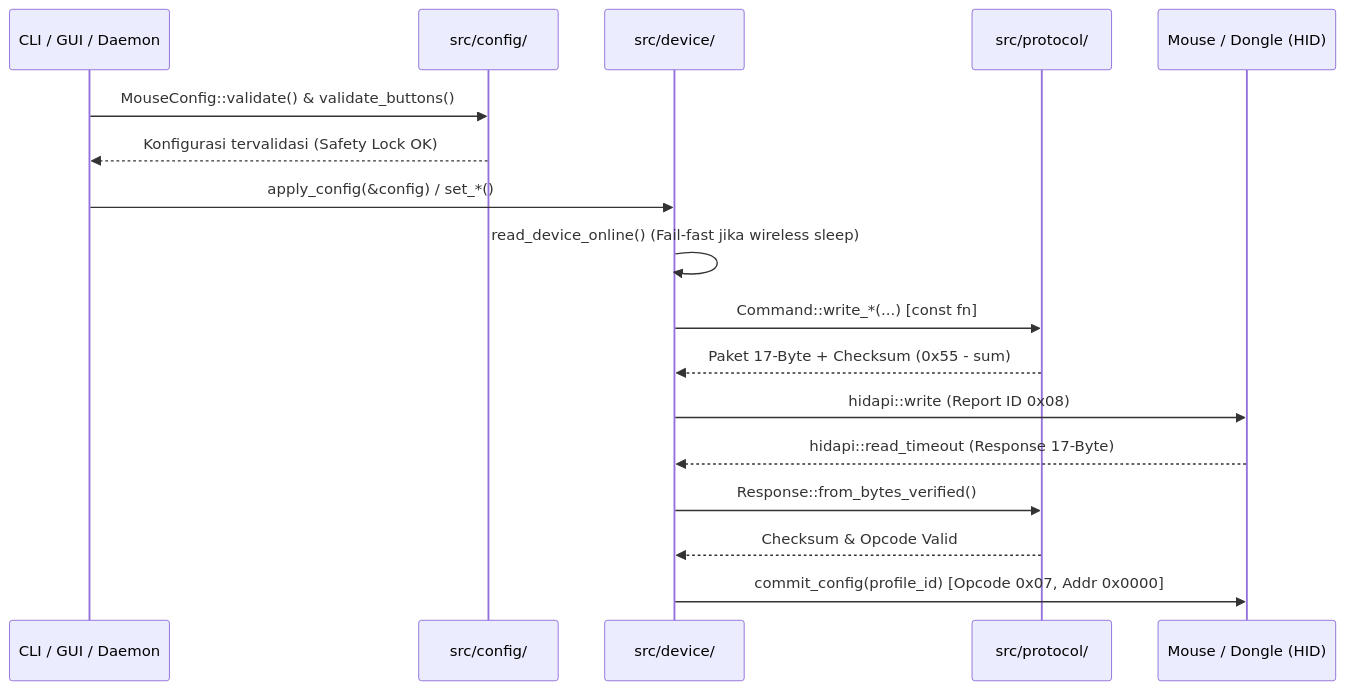
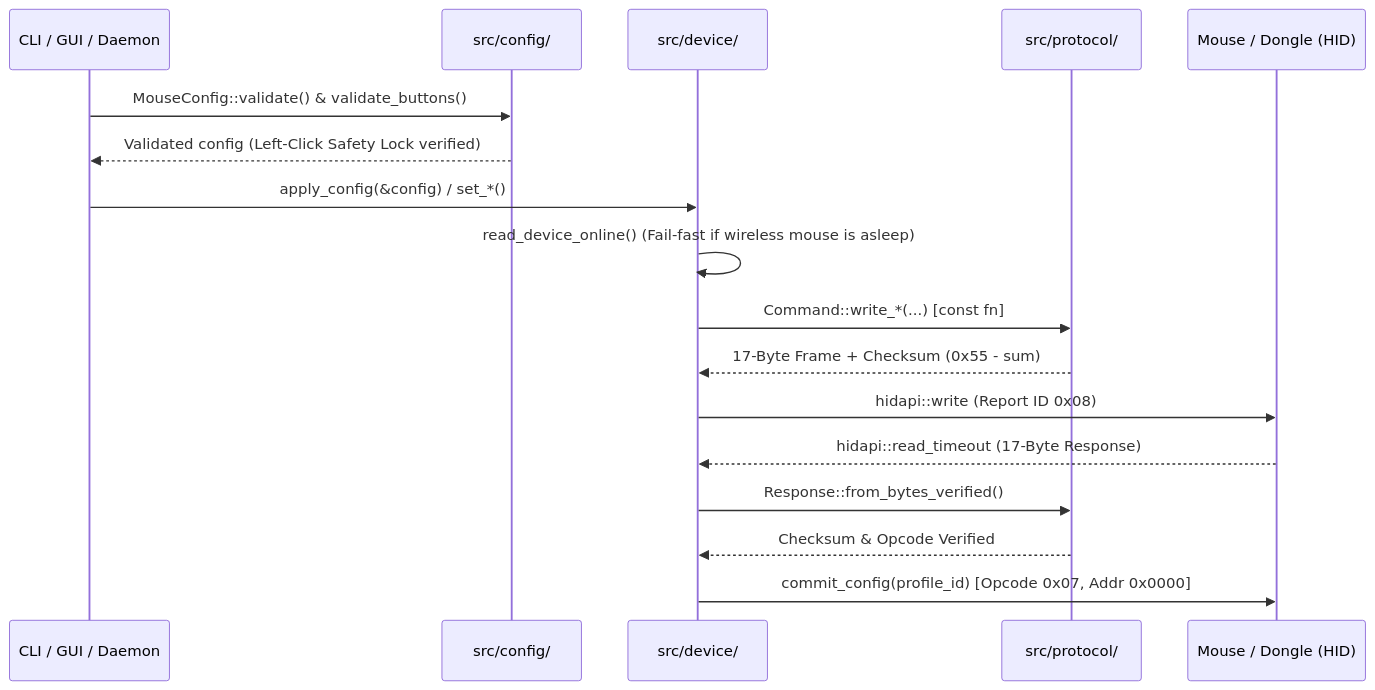
Before and after one commit to ayrazarya/icarus-v2mini-rea: the second of 2 diagrams in docs/ARCHITECTURE.md, drawn with Mermaid. The commit also changed other lines of this file and 4 other files, not shown here.

````diff
--- a/docs/ARCHITECTURE.md
+++ b/docs/ARCHITECTURE.md
@@ -148,20 +153,20 @@
 ```mermaid
 sequenceDiagram
-    participant User as CLI / GUI / Daemon
+    participant Caller as CLI / GUI / Daemon
     participant Config as src/config/
     participant Device as src/device/
     participant Protocol as src/protocol/
     participant Hardware as Mouse / Dongle (HID)
 
-    User->>Config: MouseConfig::validate() & validate_buttons()
-    Config-->>User: Konfigurasi tervalidasi (Safety Lock OK)
-    User->>Device: apply_config(&config) / set_*()
-    Device->>Device: read_device_online() (Fail-fast jika wireless sleep)
+    Caller->>Config: MouseConfig::validate() & validate_buttons()
+    Config-->>Caller: Validated config (Left-Click Safety Lock verified)
+    Caller->>Device: apply_config(&config) / set_*()
+    Device->>Device: read_device_online() (Fail-fast if wireless mouse is asleep)
     Device->>Protocol: Command::write_*(...) [const fn]
-    Protocol-->>Device: Paket 17-Byte + Checksum (0x55 - sum)
+    Protocol-->>Device: 17-Byte Frame + Checksum (0x55 - sum)
     Device->>Hardware: hidapi::write (Report ID 0x08)
-    Hardware-->>Device: hidapi::read_timeout (Response 17-Byte)
+    Hardware-->>Device: hidapi::read_timeout (17-Byte Response)
     Device->>Protocol: Response::from_bytes_verified()
-    Protocol-->>Device: Checksum & Opcode Valid
+    Protocol-->>Device: Checksum & Opcode Verified
     Device->>Hardware: commit_config(profile_id) [Opcode 0x07, Addr 0x0000]
 ```
````
